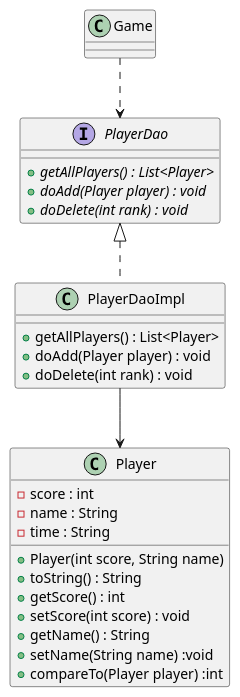
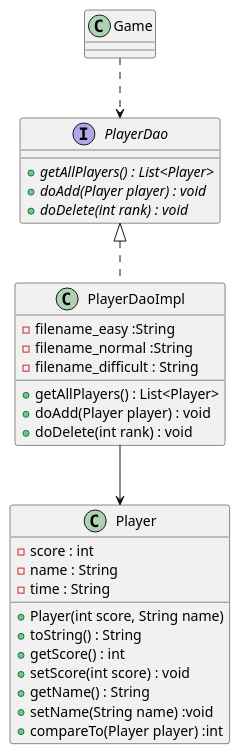
The diagram in uml/PlayerDao.puml (ziye26/aircraftwar), drawn with PlantUML before and after one commit. The commit also changed 39 other files, not shown here.

```diff
--- a/uml/PlayerDao.puml
+++ b/uml/PlayerDao.puml
@@ -1,37 +1,40 @@
 @startuml
 
 class Player {
     -score : int
     -name : String
     -time : String
 
     +Player(int score, String name)
     +toString() : String
     +getScore() : int
     +setScore(int score) : void
     +getName() : String
     +setName(String name) :void
     +compareTo(Player player) :int
 
 }
 
 interface PlayerDao {
     +{abstract} getAllPlayers() : List<Player>
     +{abstract} doAdd(Player player) : void
     +{abstract} doDelete(int rank) : void
 }
 
 
 class PlayerDaoImpl implements PlayerDao {
+    - filename_easy :String
+    - filename_normal :String
+    - filename_difficult : String
     +getAllPlayers() : List<Player>
     +doAdd(Player player) : void
     +doDelete(int rank) : void
 }
 
 class Game{
 }
 
 Game ..> PlayerDao
 PlayerDaoImpl --> Player
 
 @enduml
```
